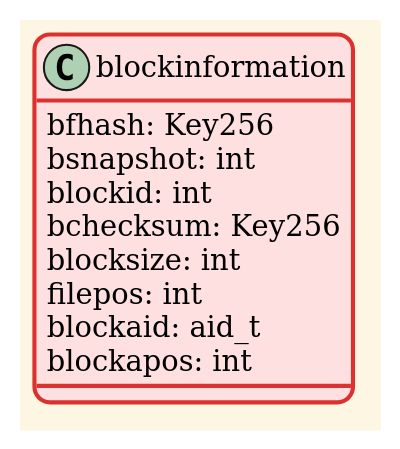
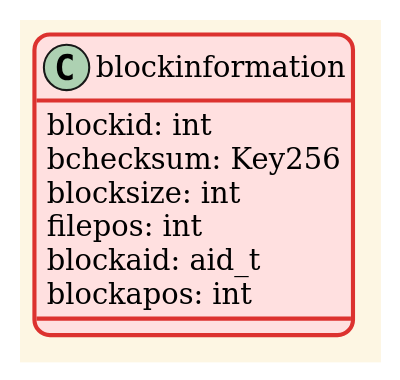
Before and after one commit to eLyKseeR/modelling: the third of 5 diagrams in relations.uml/assembly.puml, drawn with PlantUML. The commit also changed other lines of this file and 40 other files, not shown here.

```diff
--- a/relations.uml/assembly.puml
+++ b/relations.uml/assembly.puml
@@ -35,15 +32,13 @@
 @startuml blockinformation
 
 !theme sunlust
 
 class blockinformation {
-    bfhash: Key256
-    bsnapshot: int
     blockid: int
     bchecksum: Key256
     blocksize: int
     filepos: int
     blockaid: aid_t
     blockapos: int
 }
 @enduml
```
